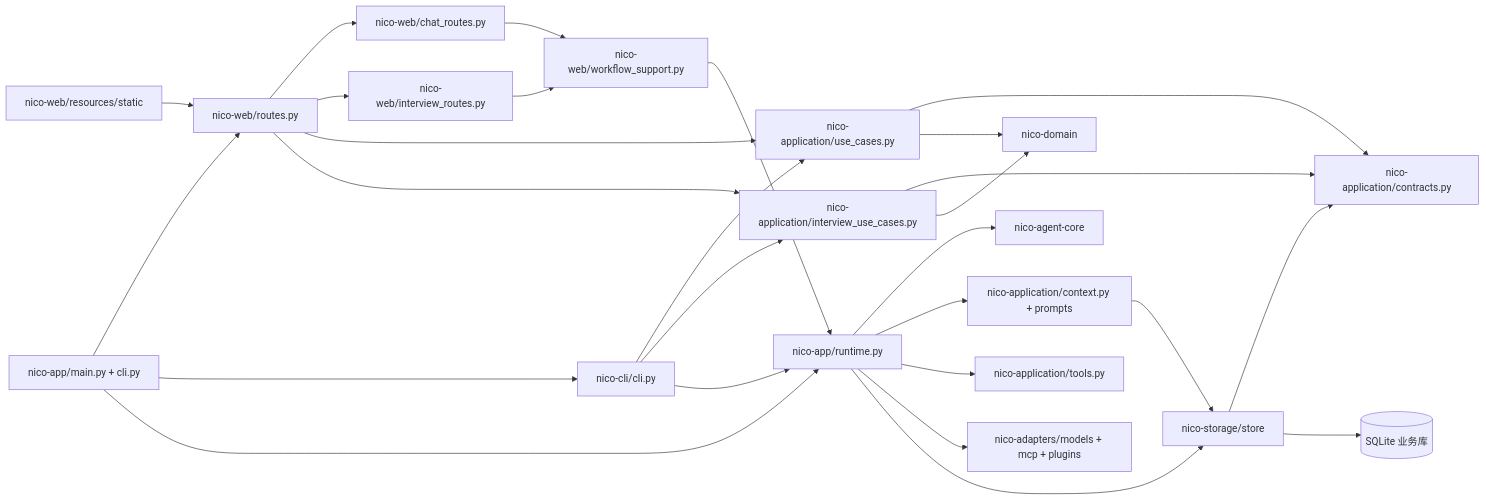
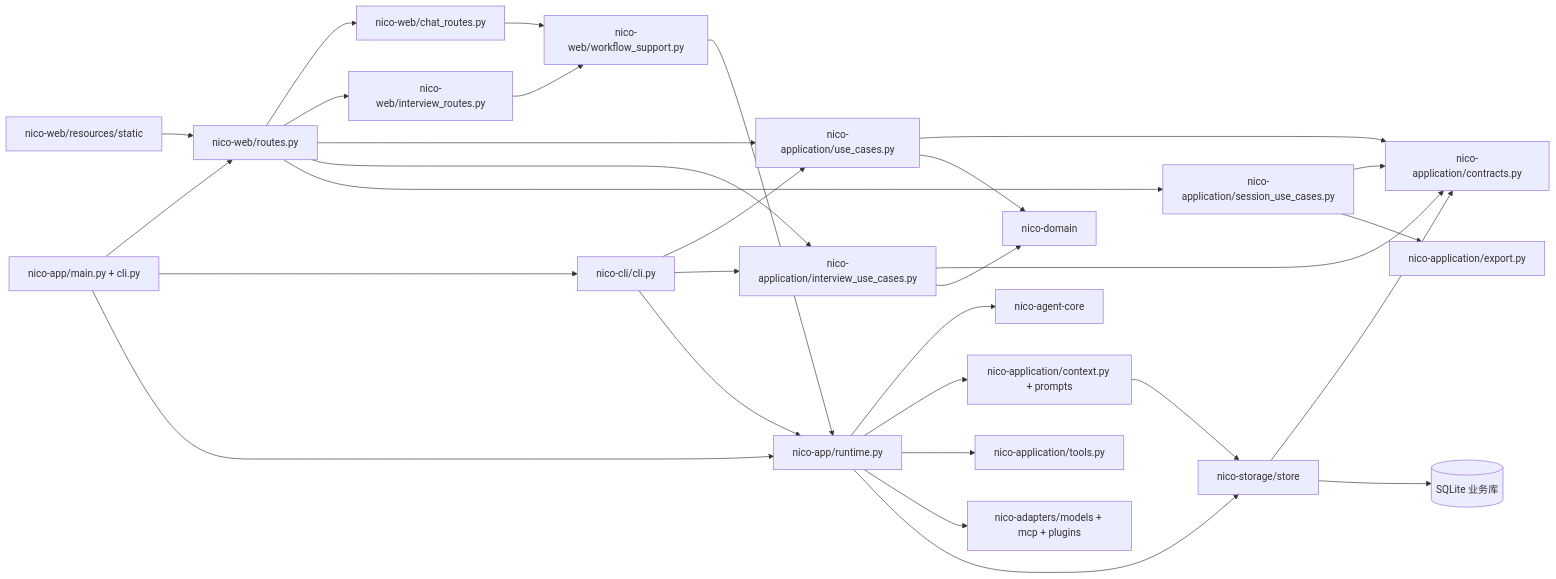
Before and after one commit to Nico-Sq/Nico-agent: the diagram in EXECUTION_PLAN.md, drawn with Mermaid. The commit also changed other lines of this file and 6 other files, not shown here.

Commit message:
refactor: centralize session query use cases

````diff
--- a/EXECUTION_PLAN.md
+++ b/EXECUTION_PLAN.md
@@ -54,29 +54,32 @@
 ```mermaid
 flowchart LR
   WebUI[nico-web/resources/static] --> Web[nico-web/routes.py]
   Web --> ChatRoutes[nico-web/chat_routes.py]
   Web --> InterviewRoutes[nico-web/interview_routes.py]
   ChatRoutes --> WebFlow[nico-web/workflow_support.py]
   InterviewRoutes --> WebFlow
   CLI[nico-cli/cli.py] --> Cases[nico-application/use_cases.py]
   CLI --> InterviewCases[nico-application/interview_use_cases.py]
   Web --> Cases
   Web --> InterviewCases
+  Web --> SessionCases[nico-application/session_use_cases.py]
   Cases --> Ports[nico-application/contracts.py]
   InterviewCases --> Ports
+  SessionCases --> Ports
+  SessionCases --> Export[nico-application/export.py]
   Cases --> Domain[nico-domain]
   InterviewCases --> Domain
   Store[nico-storage/store] --> Ports
   WebFlow --> Runtime[nico-app/runtime.py]
   CLI --> Runtime
   Runtime --> Core[nico-agent-core]
   Runtime --> Context[nico-application/context.py + prompts]
   Runtime --> Tools[nico-application/tools.py]
   Runtime --> Adapters[nico-adapters/models + mcp + plugins]
   Runtime --> Store
   Context --> Store
   Store --> DB[(SQLite 业务库)]
   App[nico-app/main.py + cli.py] --> Web
   App --> CLI
   App --> Runtime
 ```
````
